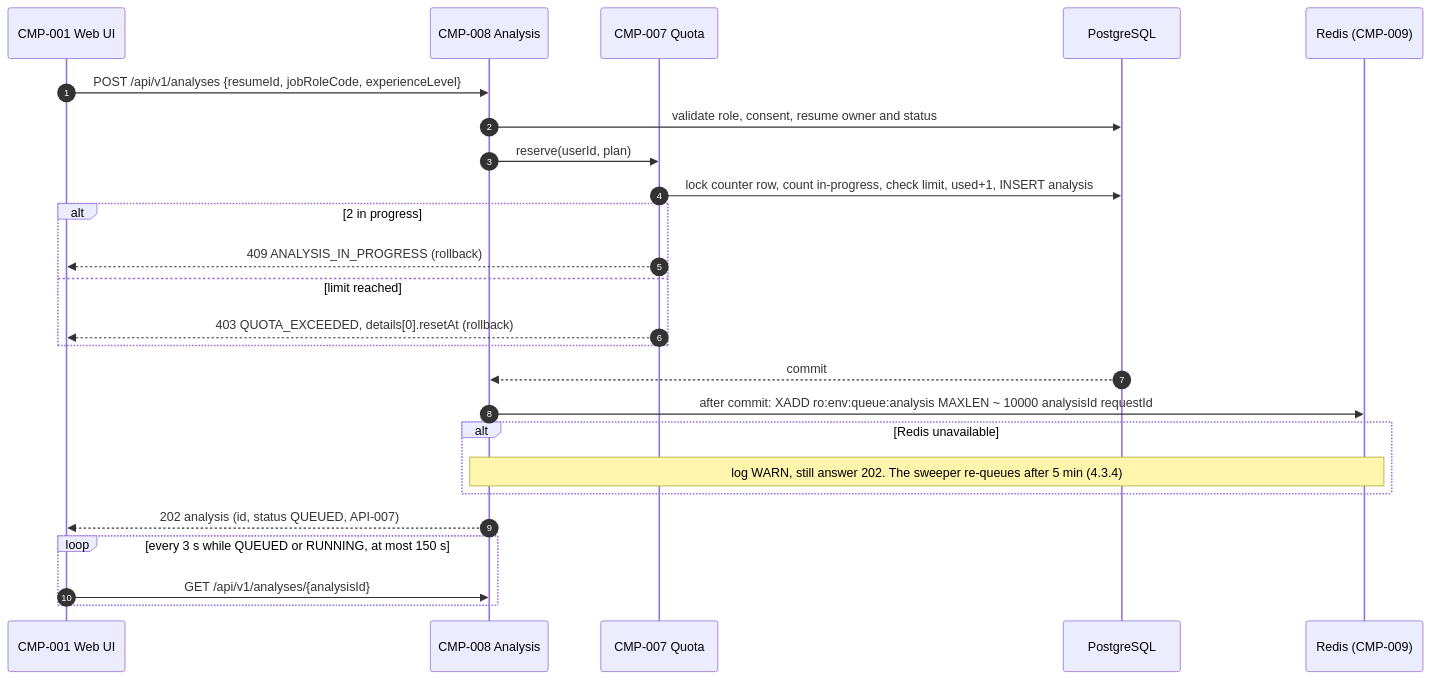
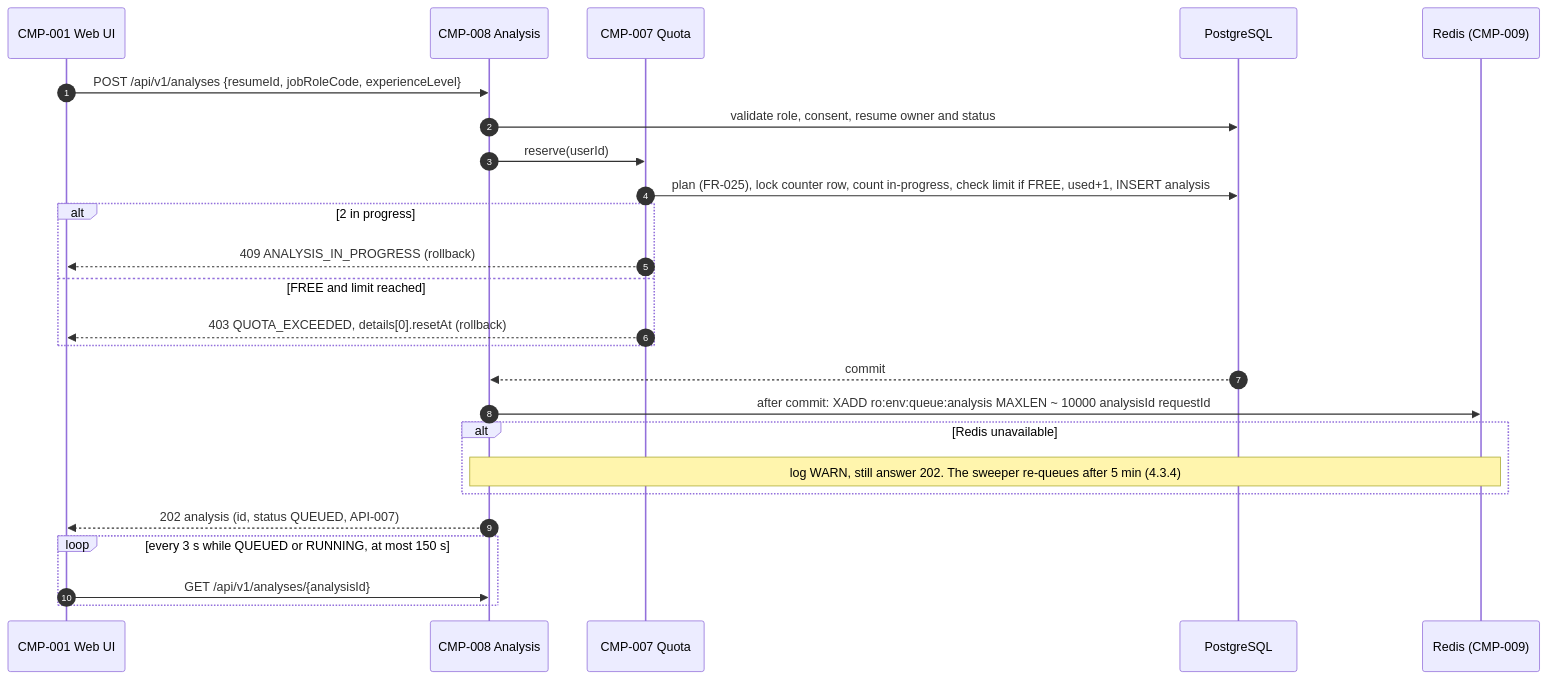
One commit to divii-school/spec-homework changed the fourth of 12 diagrams in sachin/spec.md. Above: the diagram before and after it, drawn with Mermaid. The commit also changed other lines of this file and 1 other file, not shown here.

````diff
--- a/sachin/spec.md
+++ b/sachin/spec.md
@@ -556,27 +620,27 @@
 ```mermaid
 sequenceDiagram
   autonumber
   participant UI as CMP-001 Web UI
   participant API as CMP-008 Analysis
   participant Q as CMP-007 Quota
   participant DB as PostgreSQL
   participant R as Redis (CMP-009)
   UI->>API: POST /api/v1/analyses {resumeId, jobRoleCode, experienceLevel}
   API->>DB: validate role, consent, resume owner and status
-  API->>Q: reserve(userId, plan)
-  Q->>DB: lock counter row, count in-progress, check limit, used+1, INSERT analysis
+  API->>Q: reserve(userId)
+  Q->>DB: plan (FR-025), lock counter row, count in-progress, check limit if FREE, used+1, INSERT analysis
   alt 2 in progress
     Q-->>UI: 409 ANALYSIS_IN_PROGRESS (rollback)
-  else limit reached
+  else FREE and limit reached
     Q-->>UI: 403 QUOTA_EXCEEDED, details[0].resetAt (rollback)
   end
   DB-->>API: commit
   API->>R: after commit: XADD ro:env:queue:analysis MAXLEN ~ 10000 analysisId requestId
   alt Redis unavailable
     Note over API,R: log WARN, still answer 202. The sweeper re-queues after 5 min (4.3.4)
   end
   API-->>UI: 202 analysis (id, status QUEUED, API-007)
   loop every 3 s while QUEUED or RUNNING, at most 150 s
     UI->>API: GET /api/v1/analyses/{analysisId}
   end
 ```
````
